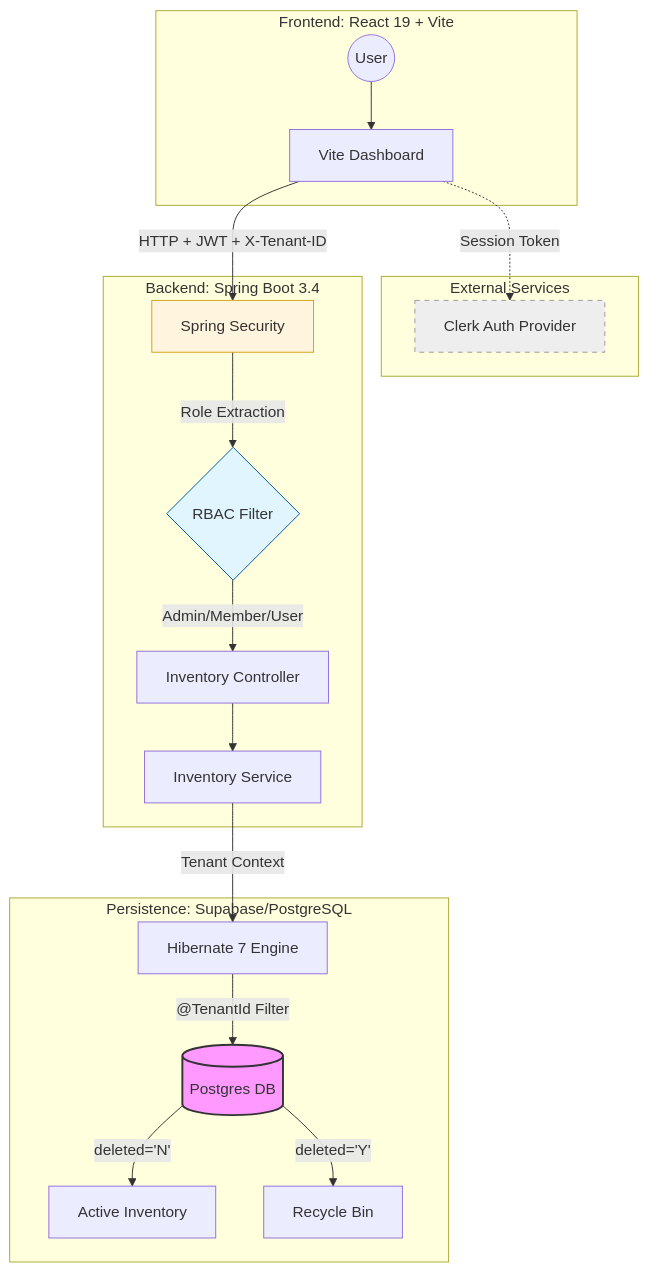
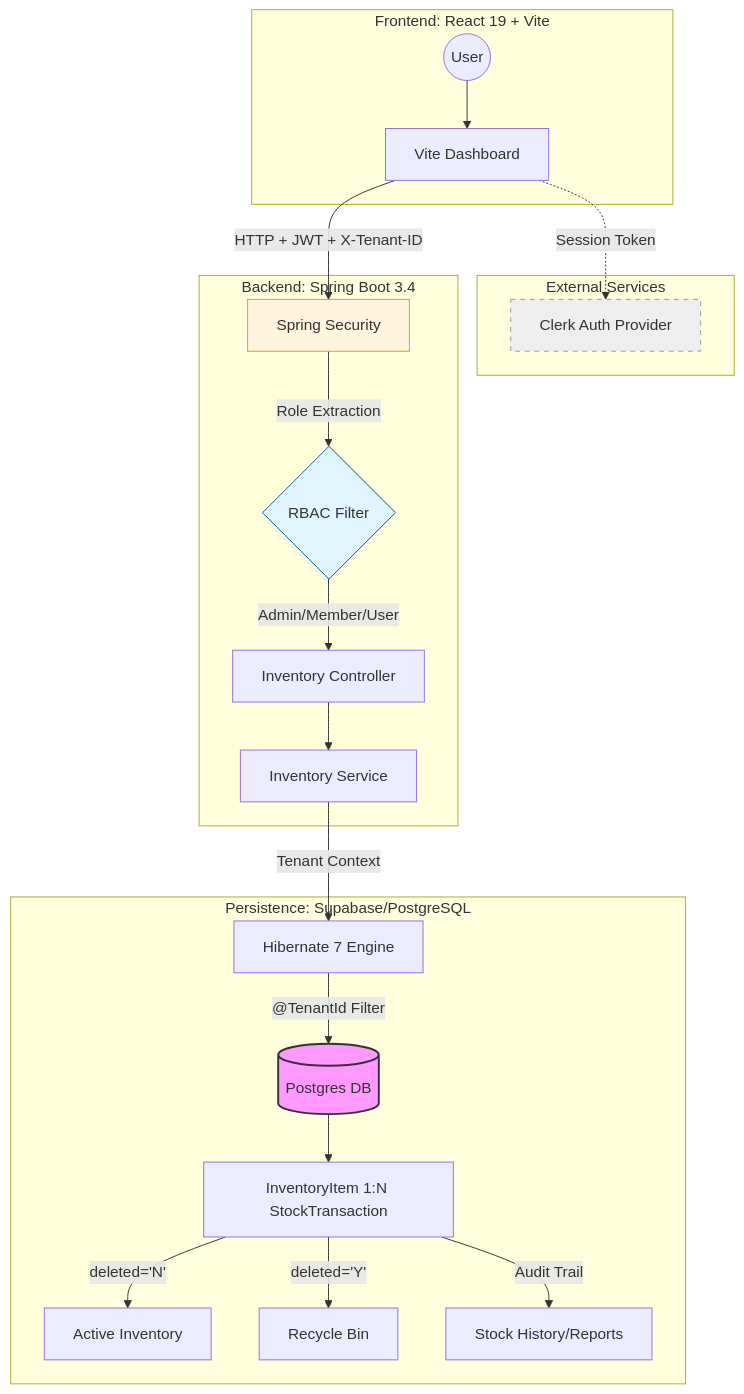
Before and after one commit to SaaammmyyyS/stack-inventory-manager: the diagram in README.md, drawn with Mermaid. The commit also changed other lines of this file, not shown here.

````diff
--- a/README.md
+++ b/README.md
@@ -11,30 +11,32 @@
 ```mermaid
 graph TD
     subgraph External [External Services]
         Clerk[Clerk Auth Provider]
     end
 
     subgraph Client_Layer [Frontend: React 19 + Vite]
         User((User)) --> WebApp[Vite Dashboard]
         WebApp -.->|Session Token| Clerk
     end
 
     subgraph API_Layer [Backend: Spring Boot 3.4]
         WebApp -- "HTTP + JWT + X-Tenant-ID" --> Gateway[Spring Security]
         Gateway -- "Role Extraction" --> RBAC{RBAC Filter}
         RBAC -- "Admin/Member/User" --> Controller[Inventory Controller]
         Controller --> Service[Inventory Service]
     end
 
     subgraph Data_Layer [Persistence: Supabase/PostgreSQL]
         Service -- "Tenant Context" --> Hibernate[Hibernate 7 Engine]
         Hibernate -- "@TenantId Filter" --> DB[(Postgres DB)]
-        DB -- "deleted='N'" --> Active[Active Inventory]
-        DB -- "deleted='Y'" --> Trash[Recycle Bin]
+        DB --> Entities[InventoryItem 1:N StockTransaction]
+        Entities -- "deleted='N'" --> Active[Active Inventory]
+        Entities -- "deleted='Y'" --> Trash[Recycle Bin]
+        Entities -- "Audit Trail" --> History[Stock History/Reports]
     end
 
     style DB fill:#f9f,stroke:#333,stroke-width:2px
     style Gateway fill:#fff4dd,stroke:#d4a017
     style RBAC fill:#e1f5fe,stroke:#01579b
     style Clerk fill:#eee,stroke:#999,stroke-dasharray: 5 5
 ```
````
